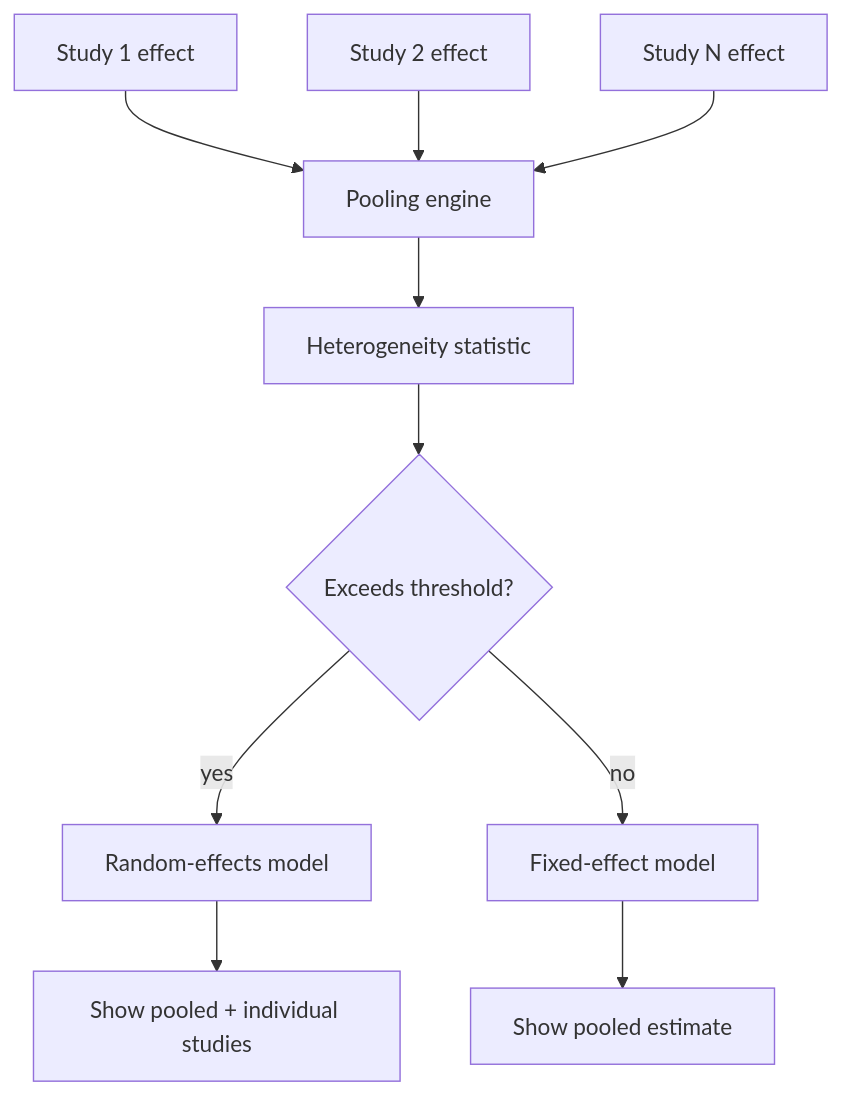
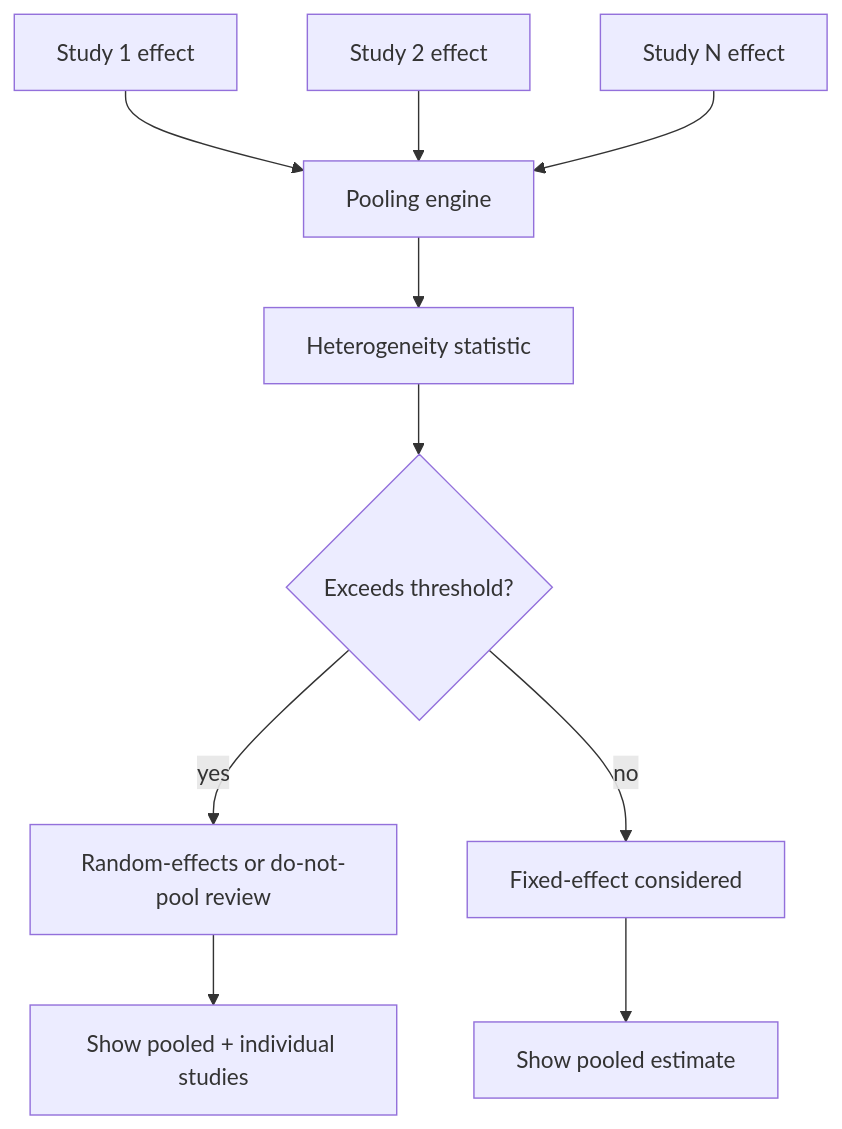
Before and after one commit to Ciprian-LocalPulse/OpenLongevityLab: the diagram in docs/academic/18-meta-analysis-heterogeneity.md, drawn with Mermaid. The commit also changed other lines of this file and 18 other files, not shown here.

````diff
--- a/docs/academic/18-meta-analysis-heterogeneity.md
+++ b/docs/academic/18-meta-analysis-heterogeneity.md
@@ -7,12 +7,12 @@
 ```mermaid
 flowchart TB
   S1[Study 1 effect] --> POOL[Pooling engine]
   S2[Study 2 effect] --> POOL
   S3[Study N effect] --> POOL
   POOL --> HET[Heterogeneity statistic]
   HET --> CHECK{Exceeds threshold?}
-  CHECK -- yes --> RE[Random-effects model]
-  CHECK -- no --> FE[Fixed-effect model]
+  CHECK -- yes --> RE[Random-effects or do-not-pool review]
+  CHECK -- no --> FE[Fixed-effect considered]
   RE --> FOREST[Show pooled + individual studies]
   FE --> SIMPLE[Show pooled estimate]
 ```
````
